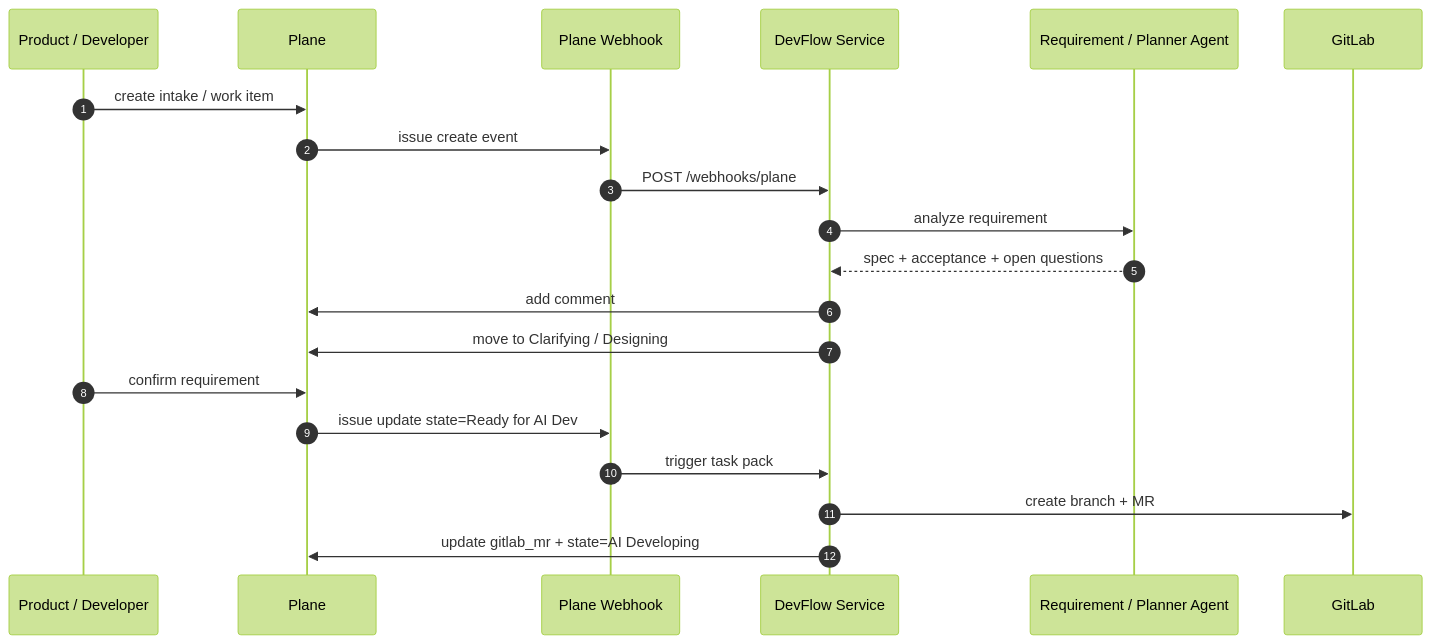
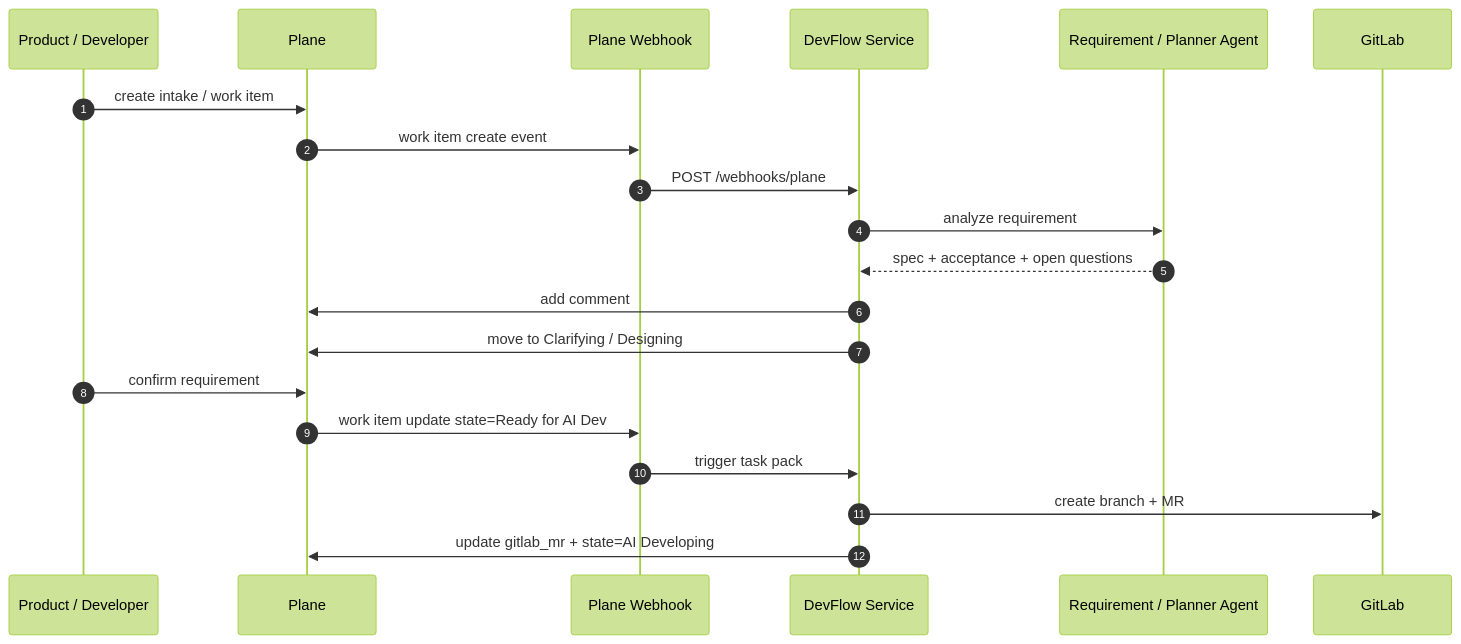
The second of 2 diagrams in docs/plane.md (agent-loom/loom), drawn with Mermaid (forest theme) before and after one commit. The commit also changed other lines of this file and 83 other files, not shown here.

````diff
--- a/docs/plane.md
+++ b/docs/plane.md
@@ -296,23 +296,23 @@
 ```mermaid
 sequenceDiagram
     autonumber
     participant User as Product / Developer
     participant Plane as Plane
     participant Webhook as Plane Webhook
     participant DevFlow as DevFlow Service
     participant AI as Requirement / Planner Agent
     participant GitLab as GitLab
 
     User->>Plane: create intake / work item
-    Plane->>Webhook: issue create event
+    Plane->>Webhook: work item create event
     Webhook->>DevFlow: POST /webhooks/plane
     DevFlow->>AI: analyze requirement
     AI-->>DevFlow: spec + acceptance + open questions
     DevFlow->>Plane: add comment
     DevFlow->>Plane: move to Clarifying / Designing
     User->>Plane: confirm requirement
-    Plane->>Webhook: issue update state=Ready for AI Dev
+    Plane->>Webhook: work item update state=Ready for AI Dev
     Webhook->>DevFlow: trigger task pack
     DevFlow->>GitLab: create branch + MR
     DevFlow->>Plane: update gitlab_mr + state=AI Developing
 ```
````
